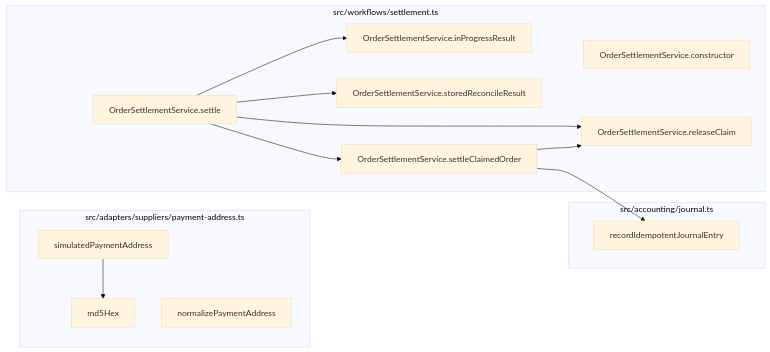
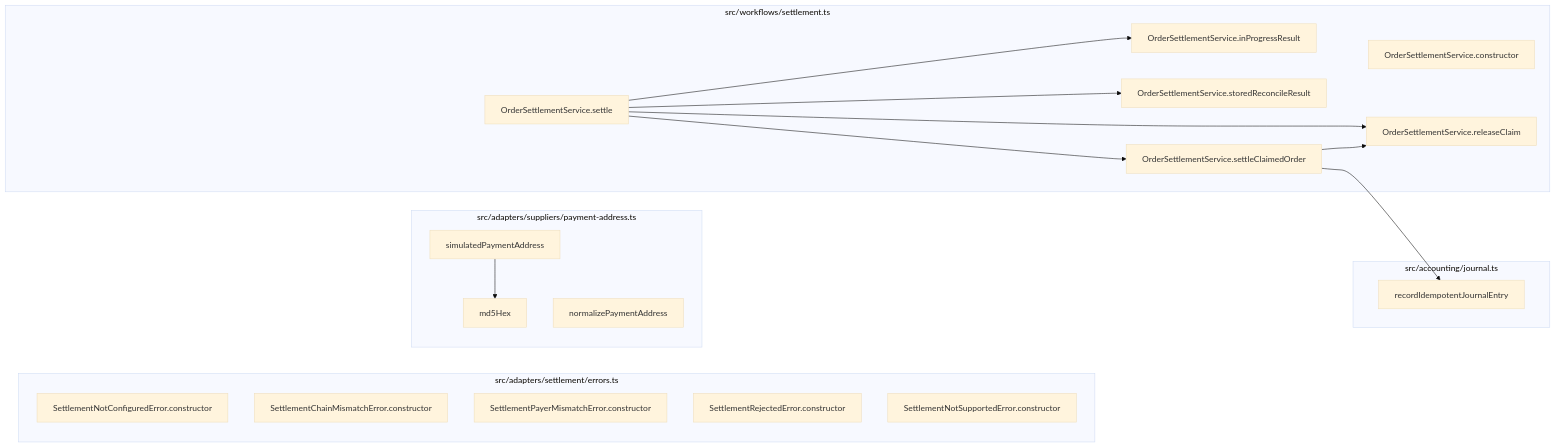
One commit to Jaydearcadian/bind changed the eighth of 8 diagrams in docs/CODEBASE_MAP.md. Above: the diagram before and after it, drawn with Mermaid (base theme). The commit also changed other lines of this file and 14 other files, not shown here.

````diff
--- a/docs/CODEBASE_MAP.md
+++ b/docs/CODEBASE_MAP.md
@@ -506,26 +552,33 @@
 ```mermaid
 flowchart LR
   subgraph F0["src/accounting/journal.ts"]
     n0["recordIdempotentJournalEntry"]
   end
-  subgraph F1["src/adapters/suppliers/payment-address.ts"]
-    n25["md5Hex"]
-    n26["simulatedPaymentAddress"]
-    n27["normalizePaymentAddress"]
+  subgraph F1["src/adapters/settlement/errors.ts"]
+    n24["SettlementNotConfiguredError.constructor"]
+    n25["SettlementChainMismatchError.constructor"]
+    n26["SettlementPayerMismatchError.constructor"]
+    n27["SettlementRejectedError.constructor"]
+    n28["SettlementNotSupportedError.constructor"]
   end
-  subgraph F2["src/workflows/settlement.ts"]
-    n154["OrderSettlementService.constructor"]
-    n155["OrderSettlementService.settle"]
-    n156["OrderSettlementService.releaseClaim"]
-    n157["OrderSettlementService.inProgressResult"]
-    n158["OrderSettlementService.storedReconcileResult"]
-    n159["OrderSettlementService.settleClaimedOrder"]
+  subgraph F2["src/adapters/suppliers/payment-address.ts"]
+    n43["md5Hex"]
+    n44["simulatedPaymentAddress"]
+    n45["normalizePaymentAddress"]
   end
-  n26 --> n25
-  n155 --> n158
-  n155 --> n157
-  n155 --> n159
-  n155 --> n156
-  n159 --> n156
-  n159 --> n0
+  subgraph F3["src/workflows/settlement.ts"]
+    n172["OrderSettlementService.constructor"]
+    n173["OrderSettlementService.settle"]
+    n174["OrderSettlementService.releaseClaim"]
+    n175["OrderSettlementService.inProgressResult"]
+    n176["OrderSettlementService.storedReconcileResult"]
+    n177["OrderSettlementService.settleClaimedOrder"]
+  end
+  n44 --> n43
+  n173 --> n176
+  n173 --> n175
+  n173 --> n177
+  n173 --> n174
+  n177 --> n174
+  n177 --> n0
 ```
````
